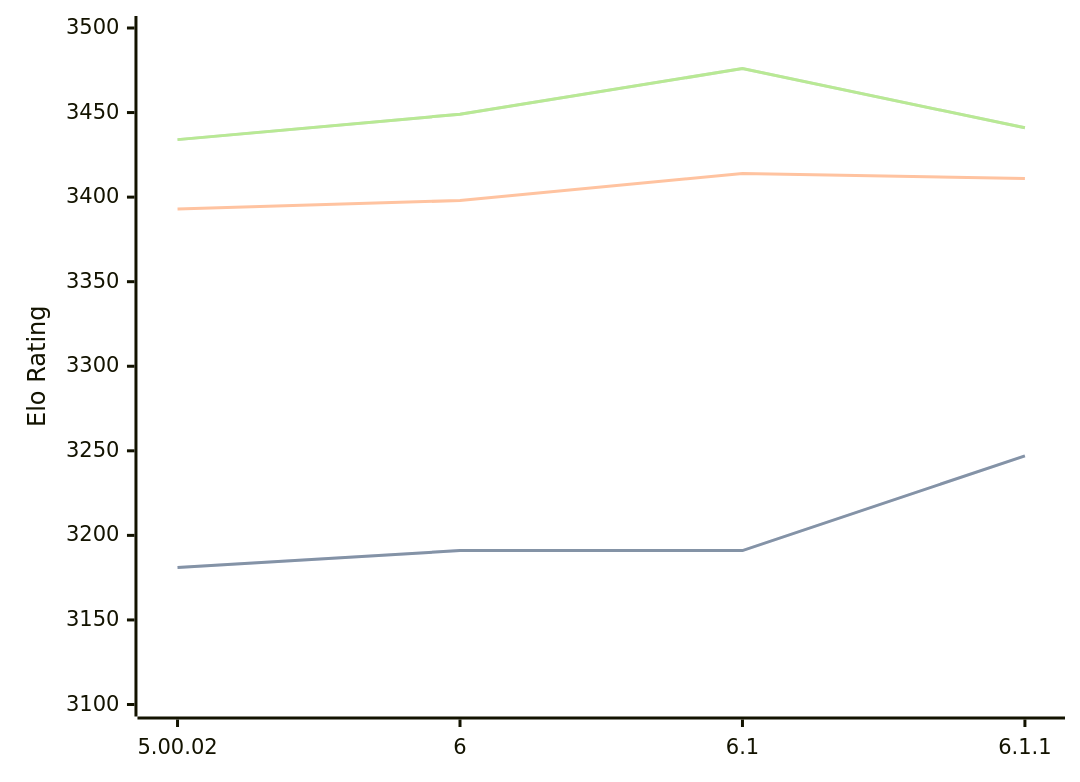
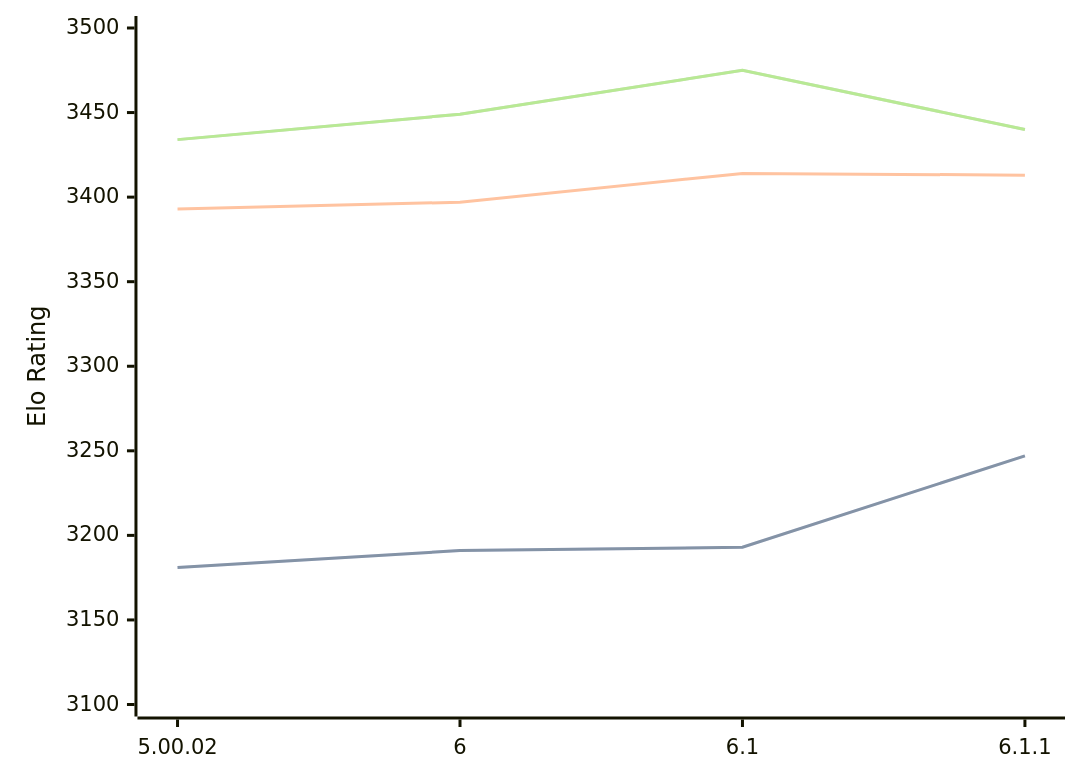
One commit to computer-chess-index/cci changed the diagram in engines/Zangdar.md. Above: the diagram before and after it, drawn with Mermaid. The commit also changed other lines of this file, not shown here.

Commit message:
Update CCI Ratings (ELO VLTC) - 2026-02-27

````diff
--- a/engines/Zangdar.md
+++ b/engines/Zangdar.md
@@ -44,11 +44,11 @@
 ```mermaid
 %%{init: {"theme":"base","themeVariables":{"seriesColors:['#a3a3a3','#222221','#faa371']}}}%%
 xychart-beta
   x-axis ["5.00.02", "6", "6.1", "6.1.1"]
   y-axis "Elo Rating" 3100 --> 3500
-  line "STC (8.0+0.08s)" [3181, 3191, 3191, 3247]
-  line "STC (8.0+0.08s)" [3181, 3191, 3191, 3247]
-  line "LTC (60.0+0.60s)" [3393, 3398, 3414, 3411]
-  line "VLTC (2m24s+1.12s)" [3434, 3449, 3476, 3441]
-  line "VLTC (2m24s+1.12s)" [3434, 3449, 3476, 3441]
+  line "STC (8.0+0.08s)" [3181, 3191, 3193, 3247]
+  line "STC (8.0+0.08s)" [3181, 3191, 3193, 3247]
+  line "LTC (60.0+0.60s)" [3393, 3397, 3414, 3413]
+  line "VLTC (2m24s+1.12s)" [3434, 3449, 3475, 3440]
+  line "VLTC (2m24s+1.12s)" [3434, 3449, 3475, 3440]
 ```
````
